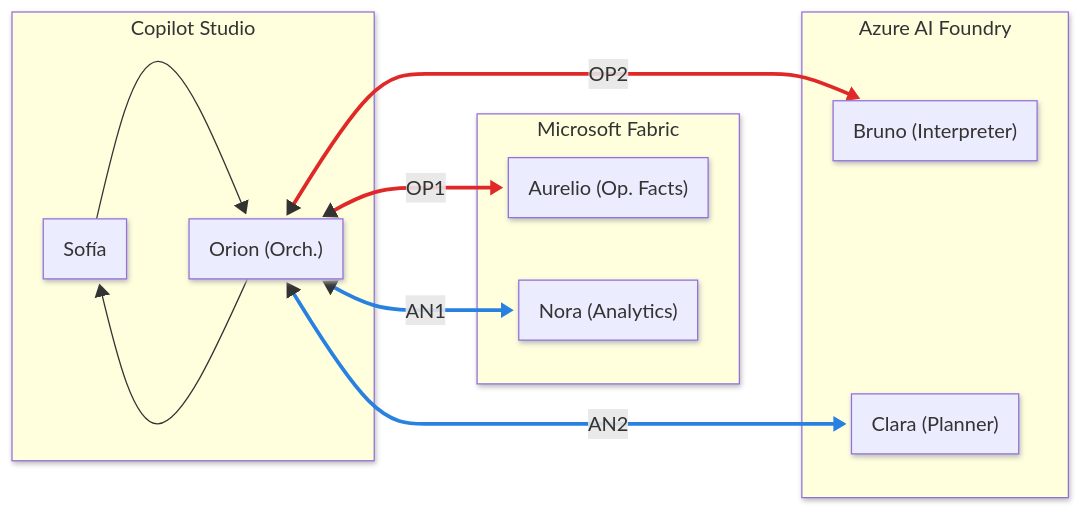
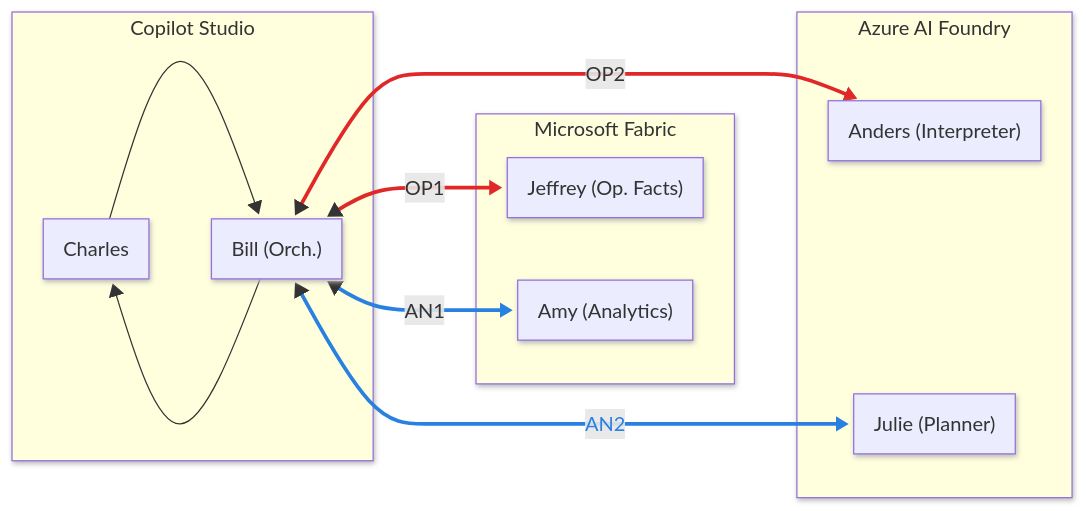
One commit to warnov/taller-multi-agentic changed the diagram in assets/global-arch.mermaid. Above: the diagram before and after it, drawn with Mermaid.

Commit message:
Update global architecture diagram with new entities

```diff
--- a/assets/global-arch.mermaid
+++ b/assets/global-arch.mermaid
@@ -1,33 +1,33 @@
 ---
 config:
   look: neo
 ---
 flowchart LR
 
   subgraph CS["Copilot Studio"]
-    Sofia["Sofía"]
-    Orion["Orion (Orch.)"]
+    Charles["Charles"]
+    Bill["Bill (Orch.)"]
   end
 
   subgraph MF["Microsoft Fabric"]
-    Aurelio["Aurelio (Op. Facts)"]
-    Nora["Nora (Analytics)"]
+    Jeffrey["Jeffrey (Op. Facts)"]
+    Amy["Amy (Analytics)"]
   end
 
   subgraph AF["Azure AI Foundry"]
-    Bruno["Bruno (Interpreter)"]
-    Clara["Clara (Planner)"]
+    Anders["Anders (Interpreter)"]
+    Julie["Julie (Planner)"]
   end
   MF ~~~ AF
-  Sofia L_Sofia_Orion_0@--> Orion
-  Orion OP1@<-->|OP1| Aurelio
-  Orion OP2@<-->|OP2| Bruno
-  Orion AN1@<-->|AN1| Nora
-  Orion AN2@<-->|AN2| Clara
-  Orion L_Orion_Sofia_0@--> Sofia
-  L_Sofia_Orion_0@{ curve: natural }
-  L_Orion_Sofia_0@{ curve: natural }
+  Charles L_Charles_Bill_0@--> Bill
+  Bill OP1@<-->|OP1| Jeffrey
+  Bill OP2@<-->|OP2| Anders
+  Bill AN1@<-->|AN1| Amy
+  Bill AN2@<-->|AN2| Julie
+  Bill L_Bill_Charles_0@--> Charles
+  L_Charles_Bill_0@{ curve: natural }
+  L_Bill_Charles_0@{ curve: natural }
   linkStyle 2 stroke:#E02828,stroke-width:3px,color:#E02828     %% OP1 - red
   linkStyle 3 stroke:#E02828,stroke-width:3px,color:#E02828     %% OP2 - red
   linkStyle 4 stroke:#2880E0,stroke-width:3px,color:#2880E0     %% AN1 - blue
-  linkStyle 5 stroke:#2880E0,stroke-width:3px,color:#2880E0     %% AN2 - blue
+  linkStyle 5 stroke:#2880E0,stroke-width:3px,color:#2880E0  
```
